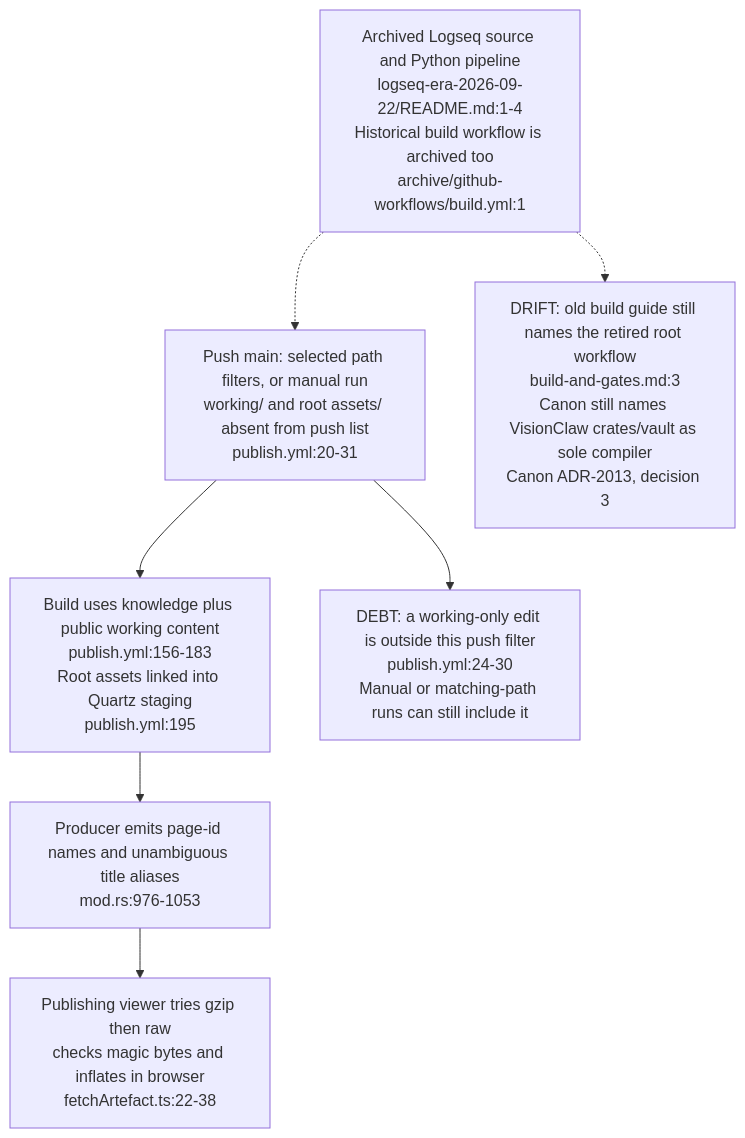
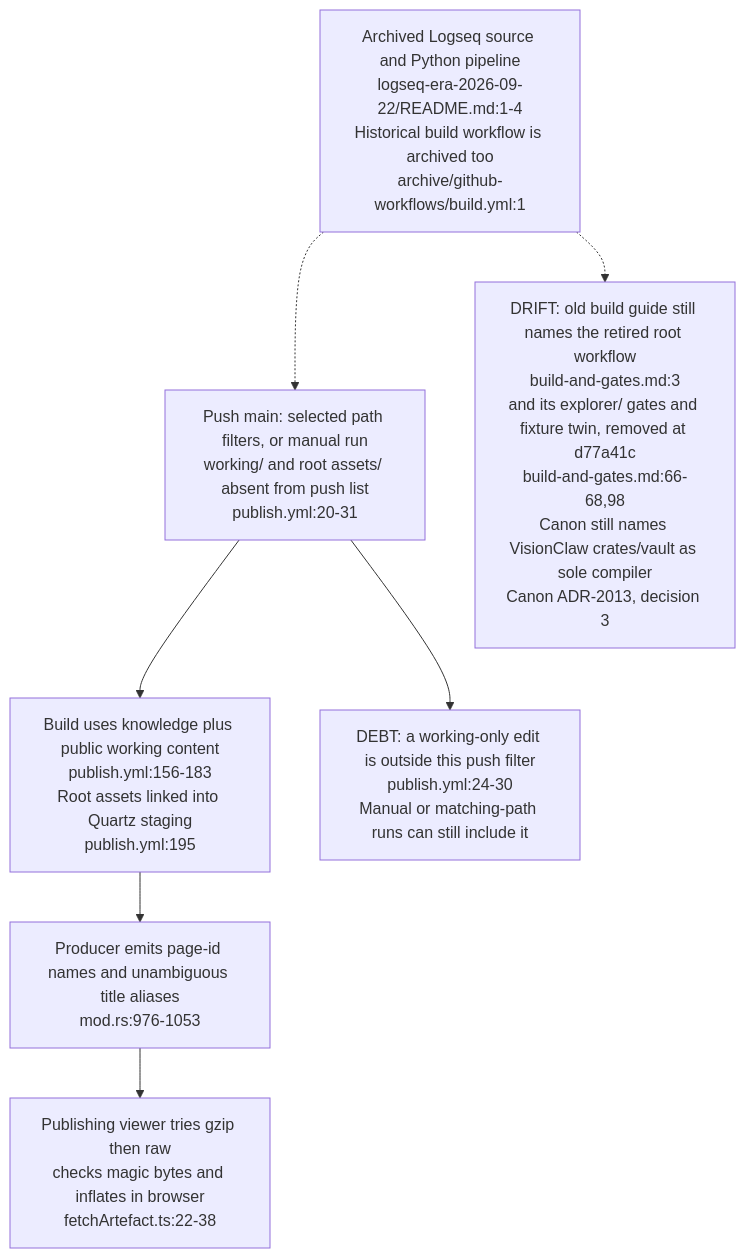
The second of 2 diagrams in docs/diagrams/knowledgegraph/05-ci-cd-and-publish.md (DreamLab-AI/VisionFlow), drawn with Mermaid before and after one commit. The commit also changed other lines of this file and 11 other files, not shown here.

First line of the commit message:
docs(diagrams): visiongraph and knowledgegraph re-verified (explorer on vowl-wasm 0.4.0, knowledgeGraph explorer retired)

````diff
--- a/docs/diagrams/knowledgegraph/05-ci-cd-and-publish.md
+++ b/docs/diagrams/knowledgegraph/05-ci-cd-and-publish.md
@@ -62,14 +62,14 @@
 ```mermaid
 flowchart TB
     OLD["Archived Logseq source and Python pipeline<br/>logseq-era-2026-09-22/README.md:1-4<br/>Historical build workflow is archived too<br/>archive/github-workflows/build.yml:1"]
     TRIG["Push main: selected path filters, or manual run<br/>working/ and root assets/ absent from push list<br/>publish.yml:20-31"]
     BUILD["Build uses knowledge plus public working content<br/>publish.yml:156-183<br/>Root assets linked into Quartz staging<br/>publish.yml:195"]
     MIRROR["Producer emits page-id names and unambiguous title aliases<br/>mod.rs:976-1053"]
     FETCH["Publishing viewer tries gzip then raw<br/>checks magic bytes and inflates in browser<br/>fetchArtefact.ts:22-38"]
     OLD -.-> TRIG --> BUILD --> MIRROR --> FETCH
-    DRIFT["DRIFT: old build guide still names the retired root workflow<br/>build-and-gates.md:3<br/>Canon still names VisionClaw crates/vault as sole compiler<br/>Canon ADR-2013, decision 3"]
+    DRIFT["DRIFT: old build guide still names the retired root workflow<br/>build-and-gates.md:3<br/>and its explorer/ gates and fixture twin, removed at d77a41c<br/>build-and-gates.md:66-68,98<br/>Canon still names VisionClaw crates/vault as sole compiler<br/>Canon ADR-2013, decision 3"]
     %% DRIFT source: ADR-2013-sovereign-corpus-is-ecosystem-canon.md:52-58
     OLD -.-> DRIFT
     GAP["DEBT: a working-only edit is outside this push filter<br/>publish.yml:24-30<br/>Manual or matching-path runs can still include it"]
     TRIG --> GAP
 ```
````
